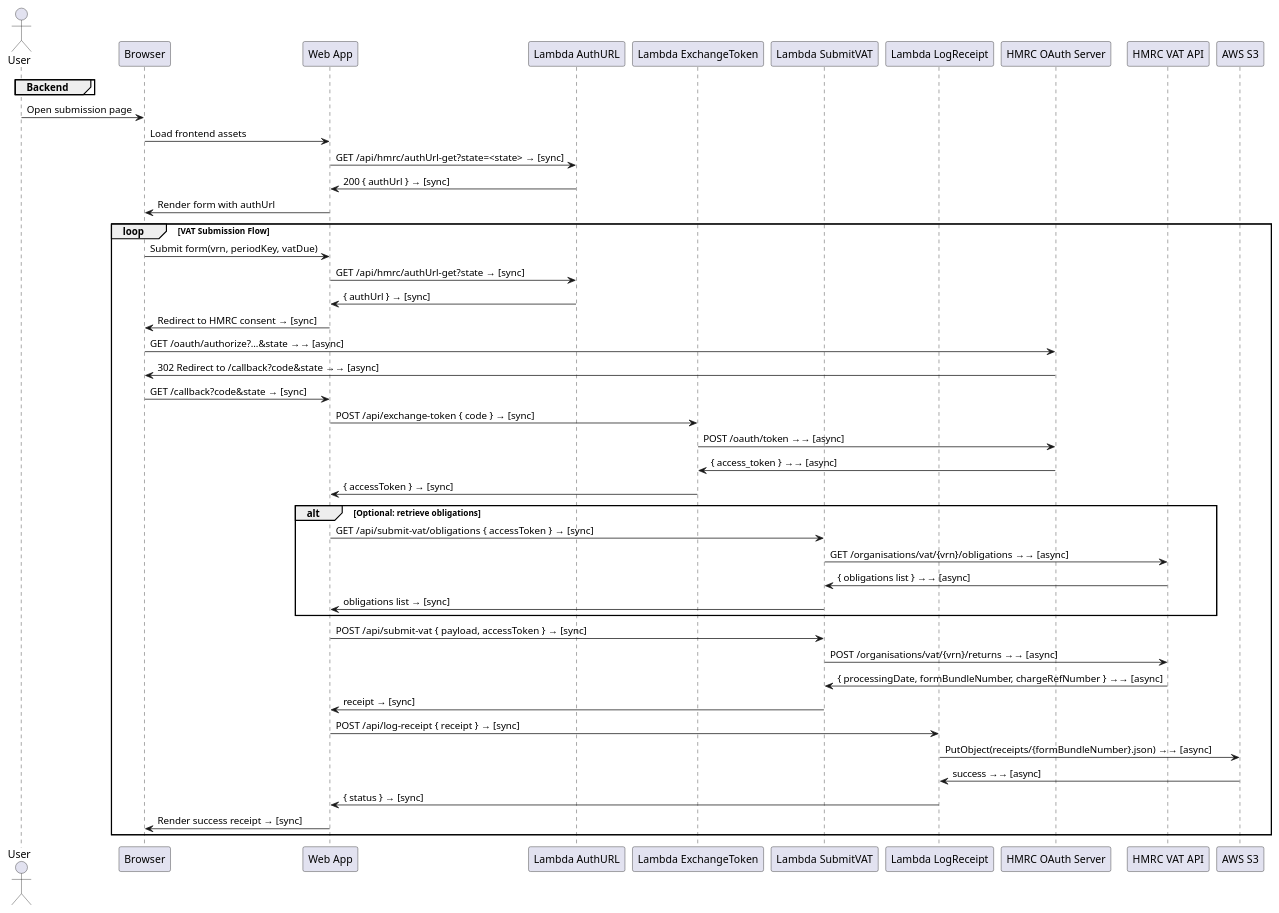
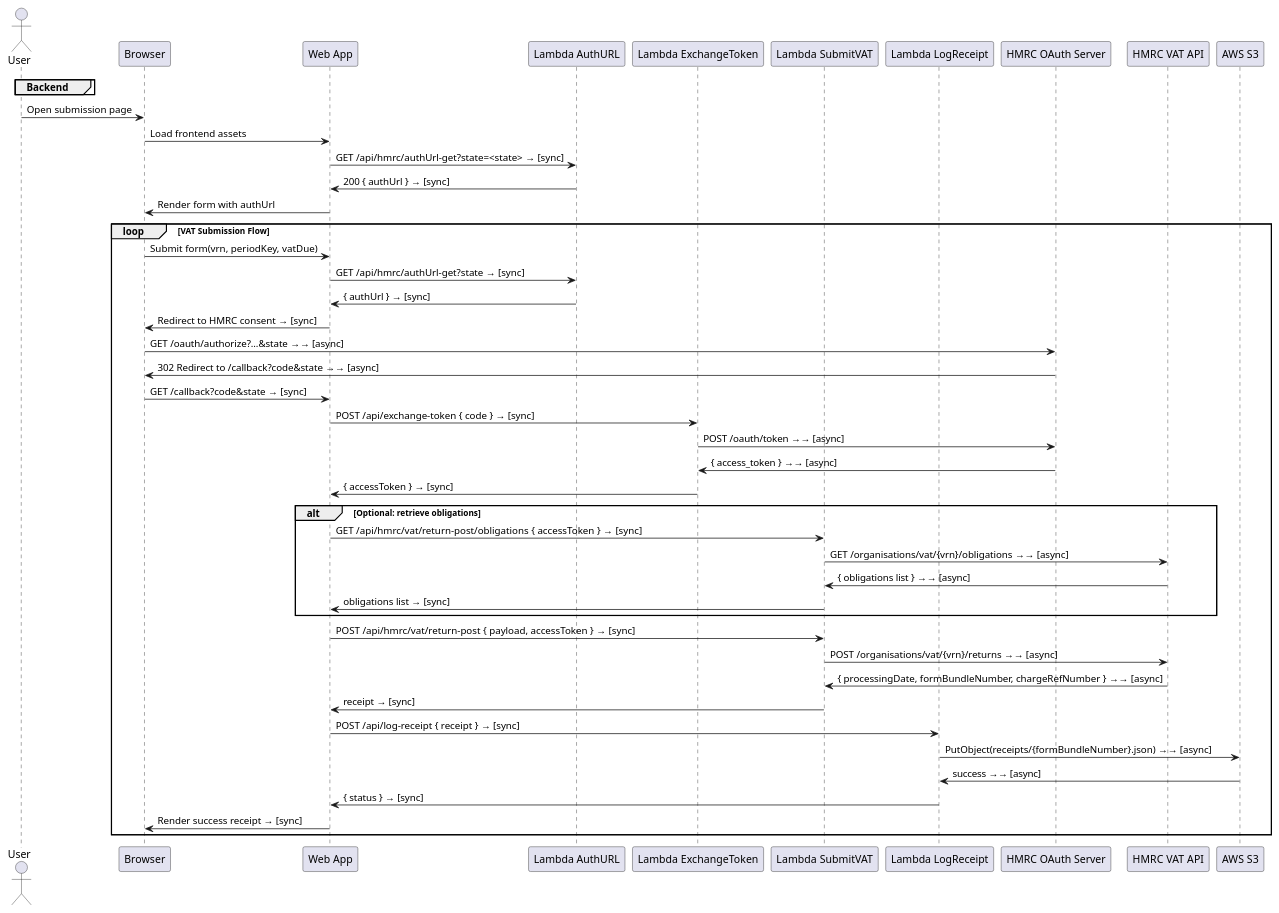
The diagram in _developers/SEQUENCE.plantuml (antonycc/submit.diyaccounting.co.uk), drawn with PlantUML before and after one commit. The commit also changed 33 other files, not shown here.

```diff
--- a/_developers/SEQUENCE.plantuml
+++ b/_developers/SEQUENCE.plantuml
@@ -1,54 +1,54 @@
 @startuml
 actor User
 participant Browser
 participant "Web App" as App
 group Backend
   participant "Lambda AuthURL" as AuthUrl
   participant "Lambda ExchangeToken" as ExchangeToken
   participant "Lambda SubmitVAT" as SubmitVat
   participant "Lambda LogReceipt" as LogReceipt
 end
 participant "HMRC OAuth Server" as HMRCAuth
 participant "HMRC VAT API" as HMRCApi
 participant "AWS S3" as S3
 
 User -> Browser: Open submission page
 Browser -> App: Load frontend assets
 App -> AuthUrl: GET /api/hmrc/authUrl-get?state=<state> → [sync]
 AuthUrl -> App: 200 { authUrl } → [sync]
 App -> Browser: Render form with authUrl
 
 loop VAT Submission Flow
   Browser -> App: Submit form(vrn, periodKey, vatDue)
   App -> AuthUrl: GET /api/hmrc/authUrl-get?state → [sync]
   AuthUrl -> App: { authUrl } → [sync]
   App -> Browser: Redirect to HMRC consent → [sync]
   Browser -> HMRCAuth: GET /oauth/authorize?...&state →→ [async]
   HMRCAuth -> Browser: 302 Redirect to /callback?code&state →→ [async]
   Browser -> App: GET /callback?code&state → [sync]
 
   App -> ExchangeToken: POST /api/exchange-token { code } → [sync]
   ExchangeToken -> HMRCAuth: POST /oauth/token →→ [async]
   HMRCAuth -> ExchangeToken: { access_token } →→ [async]
   ExchangeToken -> App: { accessToken } → [sync]
 
   alt Optional: retrieve obligations
-    App -> SubmitVat: GET /api/submit-vat/obligations { accessToken } → [sync]
+    App -> SubmitVat: GET /api/hmrc/vat/return-post/obligations { accessToken } → [sync]
     SubmitVat -> HMRCApi: GET /organisations/vat/{vrn}/obligations →→ [async]
     HMRCApi -> SubmitVat: { obligations list } →→ [async]
     SubmitVat -> App: obligations list → [sync]
   end
 
-  App -> SubmitVat: POST /api/submit-vat { payload, accessToken } → [sync]
+  App -> SubmitVat: POST /api/hmrc/vat/return-post { payload, accessToken } → [sync]
   SubmitVat -> HMRCApi: POST /organisations/vat/{vrn}/returns →→ [async]
   HMRCApi -> SubmitVat: { processingDate, formBundleNumber, chargeRefNumber } →→ [async]
   SubmitVat -> App: receipt → [sync]
 
   App -> LogReceipt: POST /api/log-receipt { receipt } → [sync]
   LogReceipt -> S3: PutObject(receipts/{formBundleNumber}.json) →→ [async]
   S3 -> LogReceipt: success →→ [async]
   LogReceipt -> App: { status } → [sync]
 
   App -> Browser: Render success receipt → [sync]
 end
 @enduml
```
